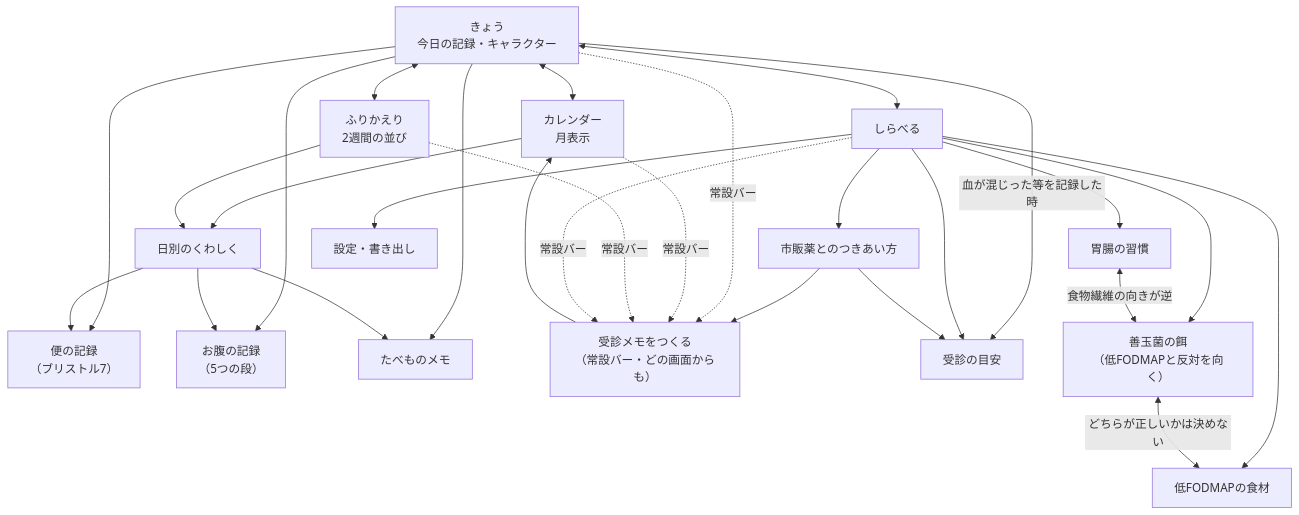
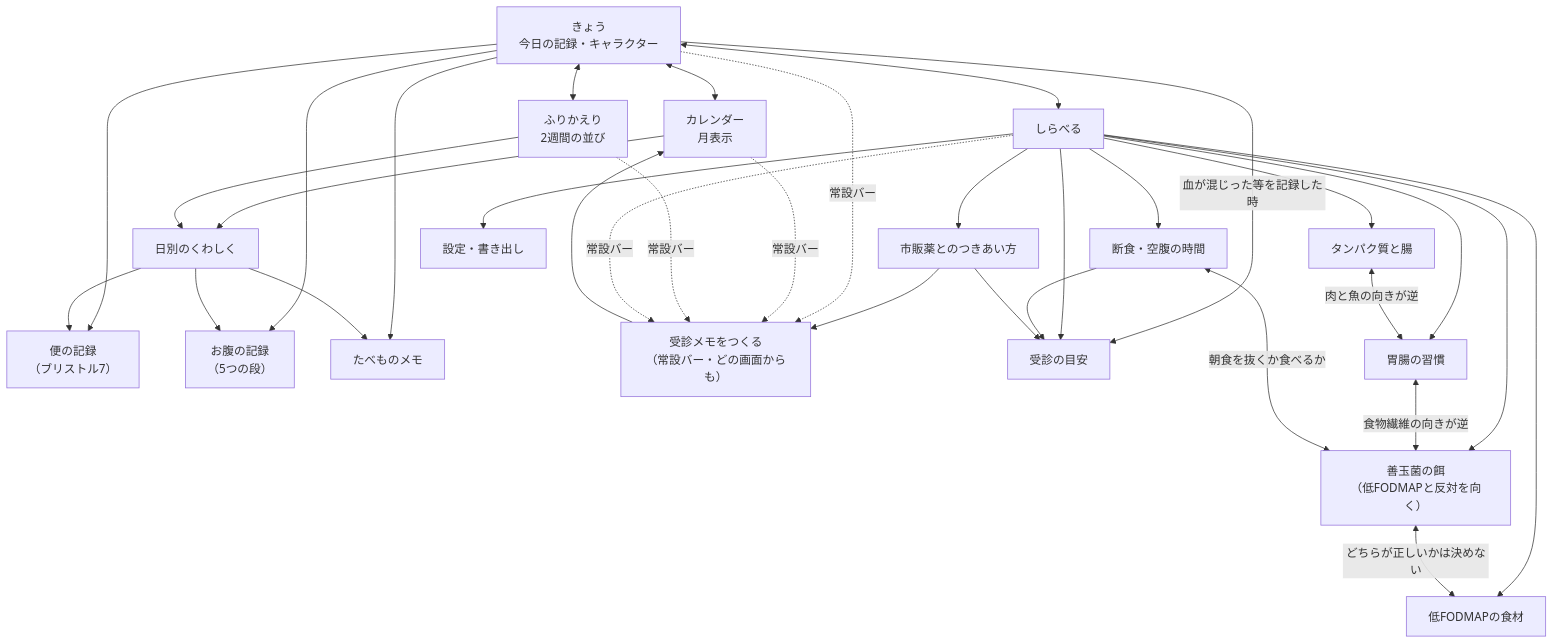
The diagram in chou/docs/SCREENS.md (youtaix656-eng/-), drawn with Mermaid before and after one commit. The commit also changed other lines of this file and 20 other files, not shown here.

````diff
--- a/chou/docs/SCREENS.md
+++ b/chou/docs/SCREENS.md
@@ -10,53 +10,60 @@
 ```mermaid
 flowchart TD
     Home["きょう<br/>今日の記録・キャラクター"]
     Cal["カレンダー<br/>月表示"]
     Day["日別のくわしく"]
     Look["ふりかえり<br/>2週間の並び"]
     Know["しらべる"]
 
     Stool["便の記録<br/>（ブリストル7）"]
     Belly["お腹の記録<br/>（5つの段）"]
     Meal["たべものメモ"]
 
     Note["受診メモをつくる<br/>（常設バー・どの画面からも）"]
     Flag["受診の目安"]
     Food["低FODMAPの食材"]
     Pre["善玉菌の餌<br/>（低FODMAPと反対を向く）"]
     Otc["市販薬とのつきあい方"]
     Hab["胃腸の習慣"]
+    Pro["タンパク質と腸"]
+    Fas["断食・空腹の時間"]
     Set["設定・書き出し"]
 
     Home --> Stool
     Home --> Belly
     Home --> Meal
     Home -->|"血が混じった等を記録した時"| Flag
 
     Home <--> Cal
     Home <--> Look
     Home <--> Know
 
     Cal --> Day
     Day --> Stool
     Day --> Belly
     Day --> Meal
 
     Look --> Day
 
     Know --> Flag
     Know --> Food
     Know --> Pre
     Know --> Otc
     Know --> Hab
     Pre <-->|"どちらが正しいかは決めない"| Food
     Hab <-->|"食物繊維の向きが逆"| Pre
+    Know --> Pro
+    Know --> Fas
+    Pro <-->|"肉と魚の向きが逆"| Hab
+    Fas <-->|"朝食を抜くか食べるか"| Pre
+    Fas --> Flag
     Otc --> Flag
     Otc --> Note
     Know --> Set
 
     Note --> Cal
     Home -.常設バー.-> Note
     Cal -.常設バー.-> Note
     Look -.常設バー.-> Note
     Know -.常設バー.-> Note
 ```
````
